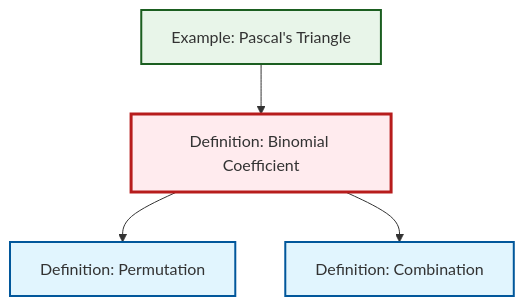
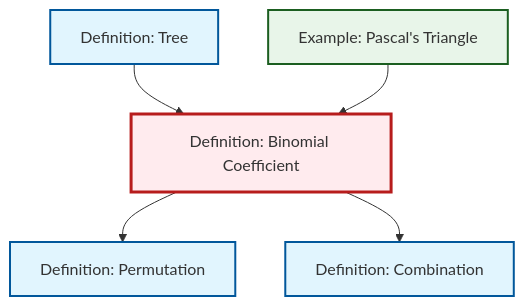
One commit to RK0429/ModernMath changed the diagram in content/en/combinatorics/def-binomial-coefficient.qmd. Above: the diagram before and after it, drawn with Mermaid. The commit also changed 434 other files, not shown here.

````diff
--- a/content/en/combinatorics/def-binomial-coefficient.qmd
+++ b/content/en/combinatorics/def-binomial-coefficient.qmd
@@ -63,20 +63,23 @@
 ```{mermaid}
 %%| fig-cap: "Local dependency graph"
 graph TD
     classDef definition fill:#e1f5fe,stroke:#01579b,stroke-width:2px
     classDef theorem fill:#f3e5f5,stroke:#4a148c,stroke-width:2px
     classDef axiom fill:#fff3e0,stroke:#e65100,stroke-width:2px
     classDef example fill:#e8f5e9,stroke:#1b5e20,stroke-width:2px
     classDef current fill:#ffebee,stroke:#b71c1c,stroke-width:3px
-    def-binomial-coefficient["Definition: Binomial Coefficient"]:::definition
-    def-permutation["Definition: Permutation"]:::definition
     def-combination["Definition: Combination"]:::definition
     ex-pascals-triangle["Example: Pascal's Triangle"]:::example
+    def-permutation["Definition: Permutation"]:::definition
+    def-binomial-coefficient["Definition: Binomial Coefficient"]:::definition
+    def-tree["Definition: Tree"]:::definition
     def-binomial-coefficient --> def-permutation
+    def-tree --> def-binomial-coefficient
+    ex-pascals-triangle --> def-binomial-coefficient
     def-binomial-coefficient --> def-combination
-    ex-pascals-triangle --> def-binomial-coefficient
     class def-binomial-coefficient current
-    click def-permutation "def-permutation.html" "Go to Permutation definition"
     click def-combination "def-combination.html" "Go to Combination definition"
     click ex-pascals-triangle "ex-pascals-triangle.html" "Go to Pascal's Triangle example"
+    click def-permutation "def-permutation.html" "Go to Permutation definition"
+    click def-tree "def-tree.html" "Go to Tree definition"
 ```
````
